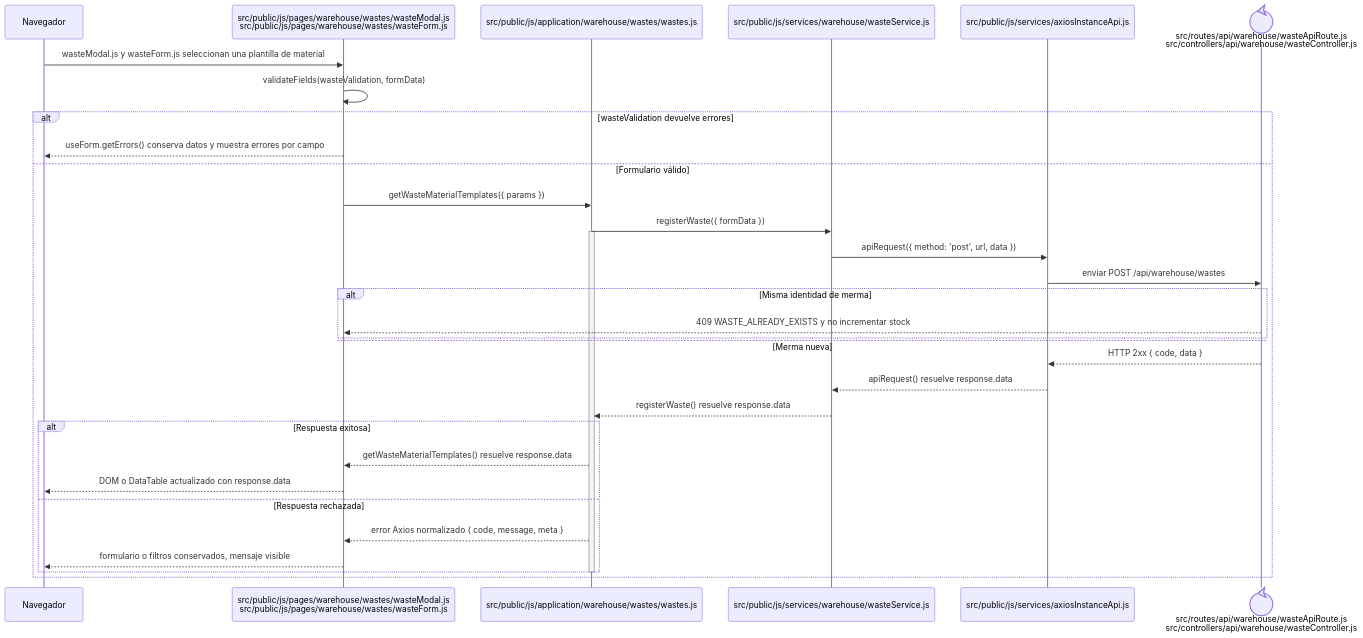
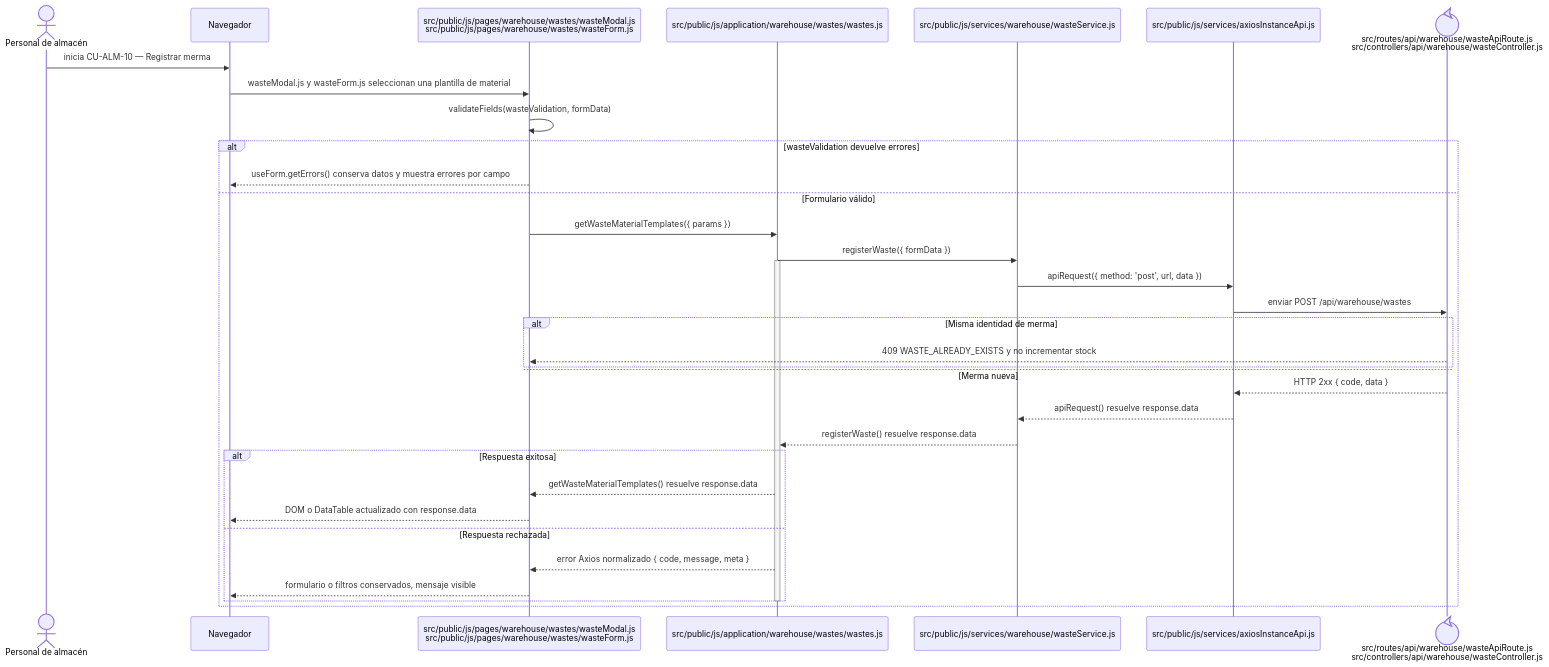
The diagram in docs/architecture/frontend-code-sequences/catalogs/cu-alm-10.md (gpgsistemas01/nexus), drawn with Mermaid before and after one commit. The commit also changed 105 other files, not shown here.

````diff
--- a/docs/architecture/frontend-code-sequences/catalogs/cu-alm-10.md
+++ b/docs/architecture/frontend-code-sequences/catalogs/cu-alm-10.md
@@ -6,36 +6,38 @@
 ```mermaid
 sequenceDiagram
+    actor Initiator as Personal de almacén
     participant Browser as Navegador
     participant View as src/public/js/pages/warehouse/wastes/wasteModal.js<br/>src/public/js/pages/warehouse/wastes/wasteForm.js
     participant Application as src/public/js/application/warehouse/wastes/wastes.js
     participant Request as src/public/js/services/warehouse/wasteService.js
     participant HTTP as src/public/js/services/axiosInstanceApi.js
     participant Transport@{ "type": "control" } as src/routes/api/warehouse/wasteApiRoute.js<br/>src/controllers/api/warehouse/wasteController.js
 
+    Initiator->>Browser: inicia CU-ALM-10 — Registrar merma
     Browser->>View: wasteModal.js y wasteForm.js seleccionan una plantilla de material
     View->>View: validateFields(wasteValidation, formData)
     alt wasteValidation devuelve errores
         View-->>Browser: useForm.getErrors() conserva datos y muestra errores por campo
     else Formulario válido
         View->>Application: getWasteMaterialTemplates({ params })
         Application->>Request: registerWaste({ formData })
         activate Application
         Request->>HTTP: apiRequest({ method: 'post', url, data })
         HTTP->>Transport: enviar POST /api/warehouse/wastes
         alt Misma identidad de merma
             Transport-->>View: 409 WASTE_ALREADY_EXISTS y no incrementar stock
         else Merma nueva
         end
         Transport-->>HTTP: HTTP 2xx { code, data }
         HTTP-->>Request: apiRequest() resuelve response.data
         Request-->>Application: registerWaste() resuelve response.data
         alt Respuesta exitosa
             Application-->>View: getWasteMaterialTemplates() resuelve response.data
             View-->>Browser: DOM o DataTable actualizado con response.data
         else Respuesta rechazada
             Application-->>View: error Axios normalizado { code, message, meta }
             View-->>Browser: formulario o filtros conservados, mensaje visible
         end
         deactivate Application
     end
 ```
````
